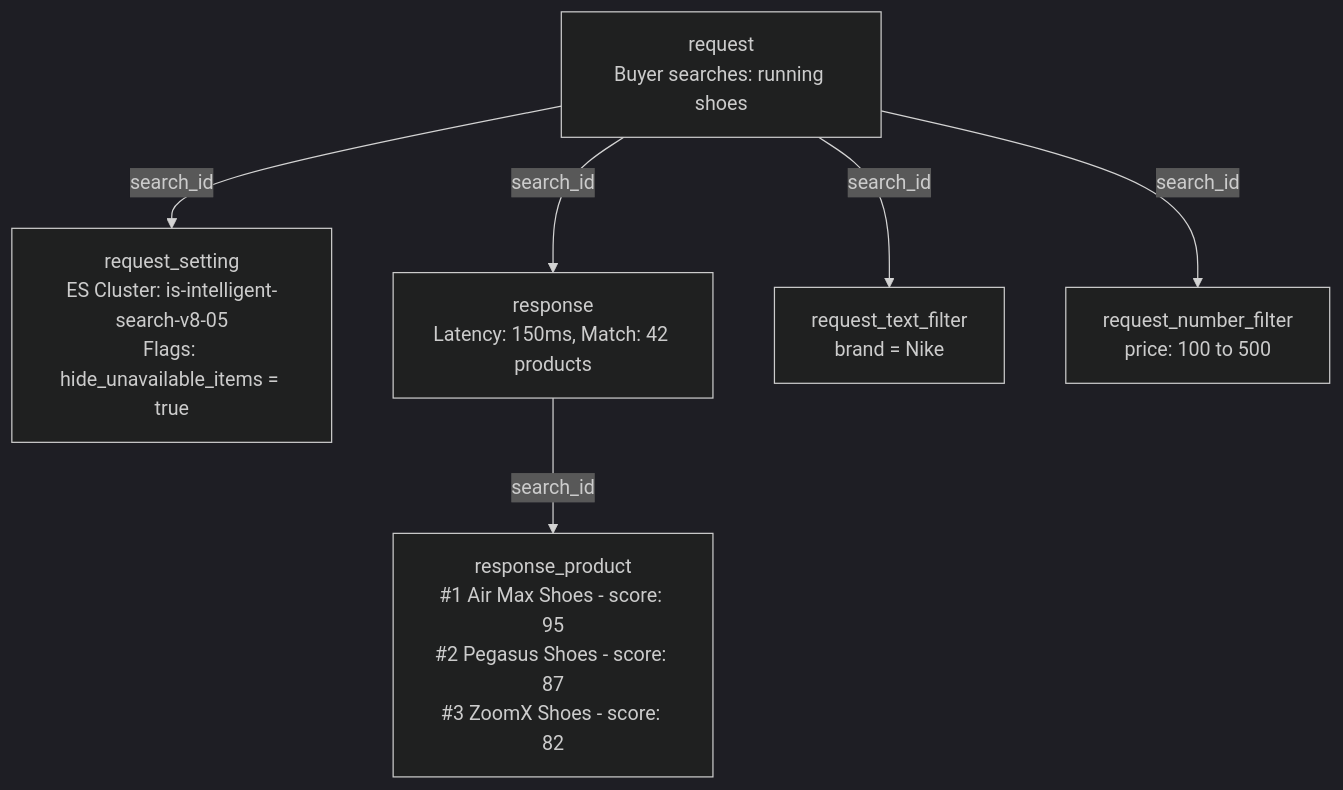
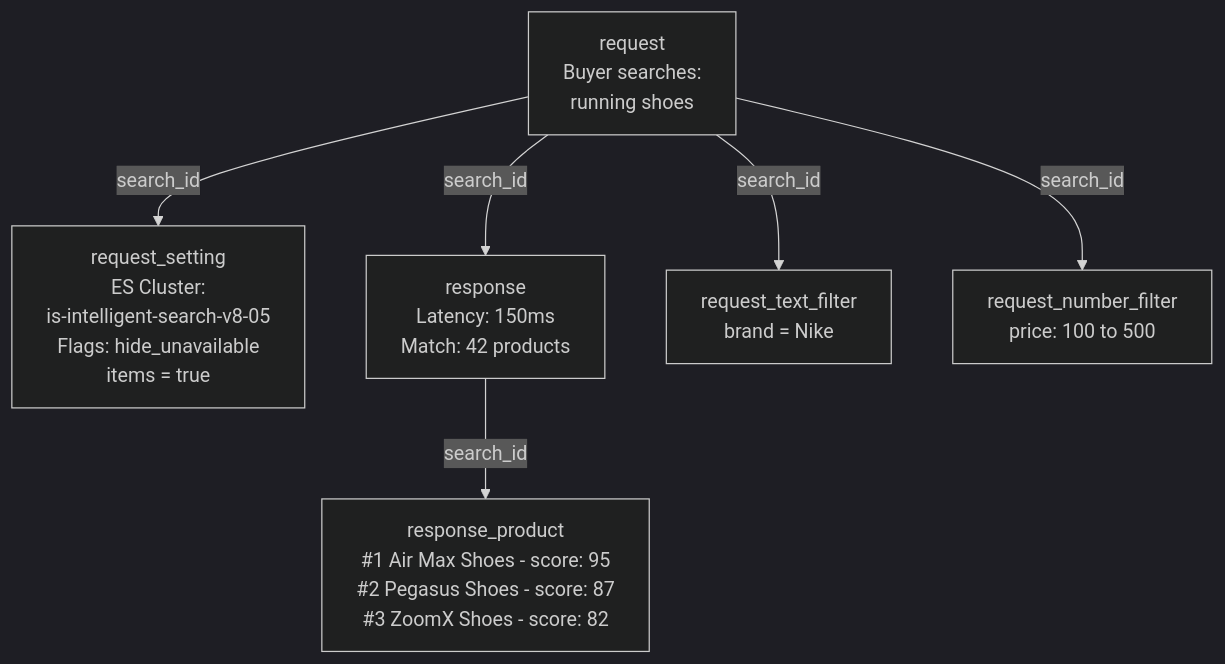
The second of 4 diagrams in docs/en/tutorials/beta/vtex-data-pipeline-beta/search-and-recomendations-data-pipeline.md (vtexdocs/help-center-content), drawn with Mermaid (dark theme) before and after one commit. The commit also changed other lines of this file and 5 other files, not shown here.

````diff
--- a/docs/en/tutorials/beta/vtex-data-pipeline-beta/search-and-recomendations-data-pipeline.md
+++ b/docs/en/tutorials/beta/vtex-data-pipeline-beta/search-and-recomendations-data-pipeline.md
@@ -108,11 +109,12 @@
 ```mermaid
+%%{init: {'flowchart': {'htmlLabels': true, 'useMaxWidth': false, 'wrappingWidth': 220, 'padding': 14}}}%%
 flowchart TD
-    REQ["request\nBuyer searches: running shoes"]
+    REQ["request<br/>Buyer searches:<br/>running shoes"]
 
-    REQ -->|"search_id"| SETTING["request_setting\nES Cluster: is-intelligent-search-v8-05\nFlags: hide_unavailable_items = true"]
-    REQ -->|"search_id"| RESP["response\nLatency: 150ms, Match: 42 products"]
-    REQ -->|"search_id"| TF["request_text_filter\nbrand = Nike"]
-    REQ -->|"search_id"| NF["request_number_filter\nprice: 100 to 500"]
+    REQ -->|"search_id"| SETTING["request_setting<br/>ES Cluster:<br/>is-intelligent-search-v8-05<br/>Flags: hide_unavailable<br/>items = true"]
+    REQ -->|"search_id"| RESP["response<br/>Latency: 150ms<br/>Match: 42 products"]
+    REQ -->|"search_id"| TF["request_text_filter<br/>brand = Nike"]
+    REQ -->|"search_id"| NF["request_number_filter<br/>price: 100 to 500"]
 
-    RESP -->|"search_id"| RP["response_product\n#1 Air Max Shoes - score: 95\n#2 Pegasus Shoes - score: 87\n#3 ZoomX Shoes - score: 82"]
+    RESP -->|"search_id"| RP["response_product<br/>#1 Air Max Shoes - score: 95<br/>#2 Pegasus Shoes - score: 87<br/>#3 ZoomX Shoes - score: 82"]
 ```
````
